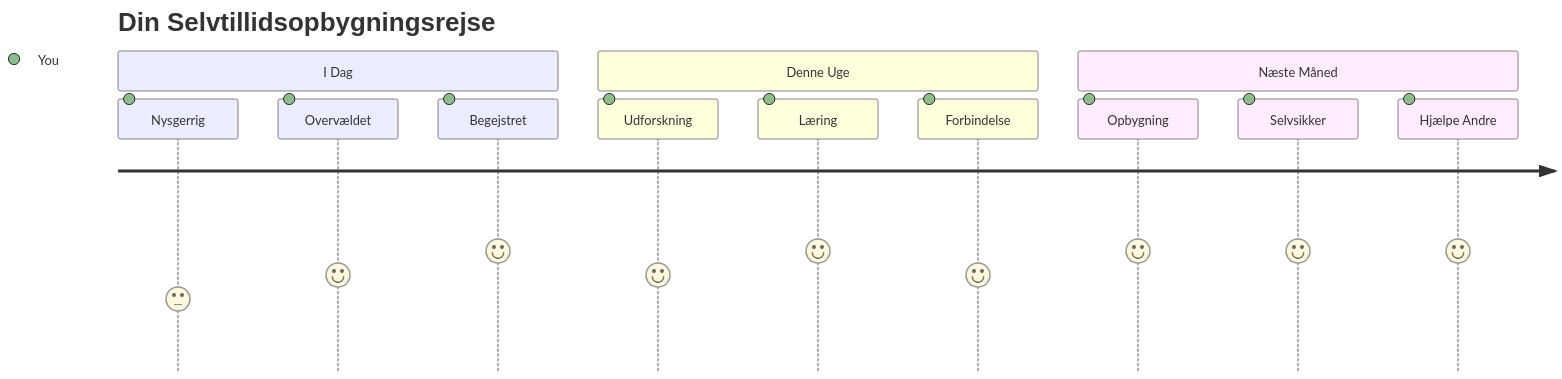
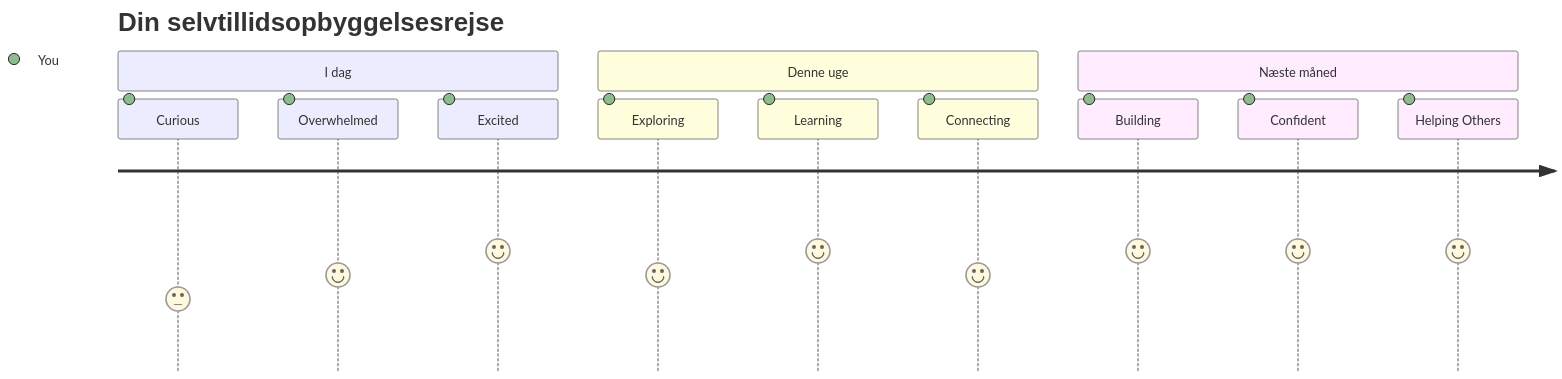
One commit to microsoft/Web-Dev-For-Beginners changed the seventh of 7 diagrams in translations/da/1-getting-started-lessons/1-intro-to-programming-languages/README.md. Above: the diagram before and after it, drawn with Mermaid. The commit also changed other lines of this file and 8 other files, not shown here.

````diff
--- a/translations/da/1-getting-started-lessons/1-intro-to-programming-languages/README.md
+++ b/translations/da/1-getting-started-lessons/1-intro-to-programming-languages/README.md
@@ -833,16 +833,16 @@
 ```mermaid
 journey
-    title Din Selvtillidsopbygningsrejse
-    section I Dag
-      Nysgerrig: 3: You
-      Overvældet: 4: You
-      Begejstret: 5: You
-    section Denne Uge
-      Udforskning: 4: You
-      Læring: 5: You
-      Forbindelse: 4: You
-    section Næste Måned
-      Opbygning: 5: You
-      Selvsikker: 5: You
-      Hjælpe Andre: 5: You
+    title Din selvtillidsopbyggelsesrejse
+    section I dag
+      Curious: 3: You
+      Overwhelmed: 4: You
+      Excited: 5: You
+    section Denne uge
+      Exploring: 4: You
+      Learning: 5: You
+      Connecting: 4: You
+    section Næste måned
+      Building: 5: You
+      Confident: 5: You
+      Helping Others: 5: You
 ```
````
